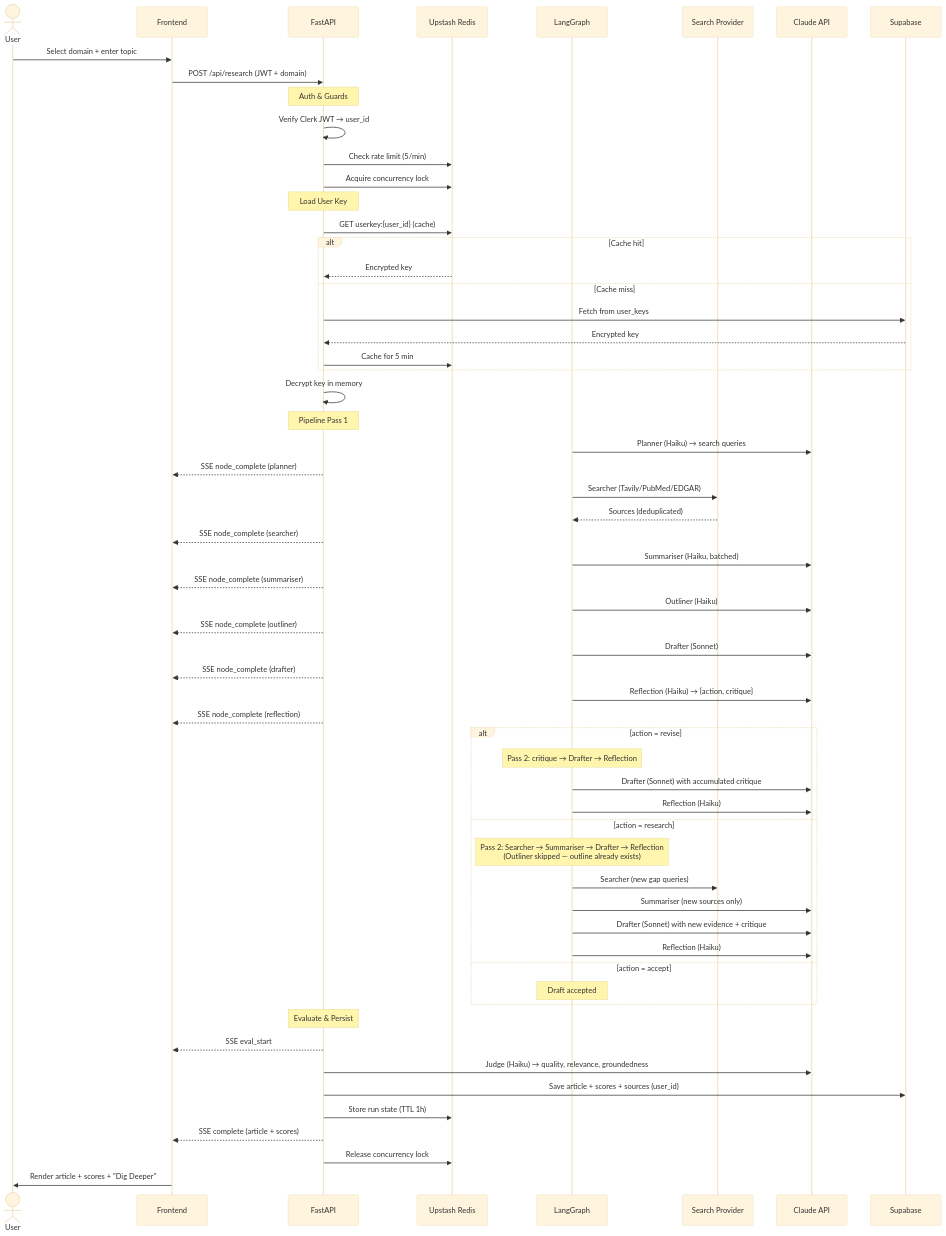
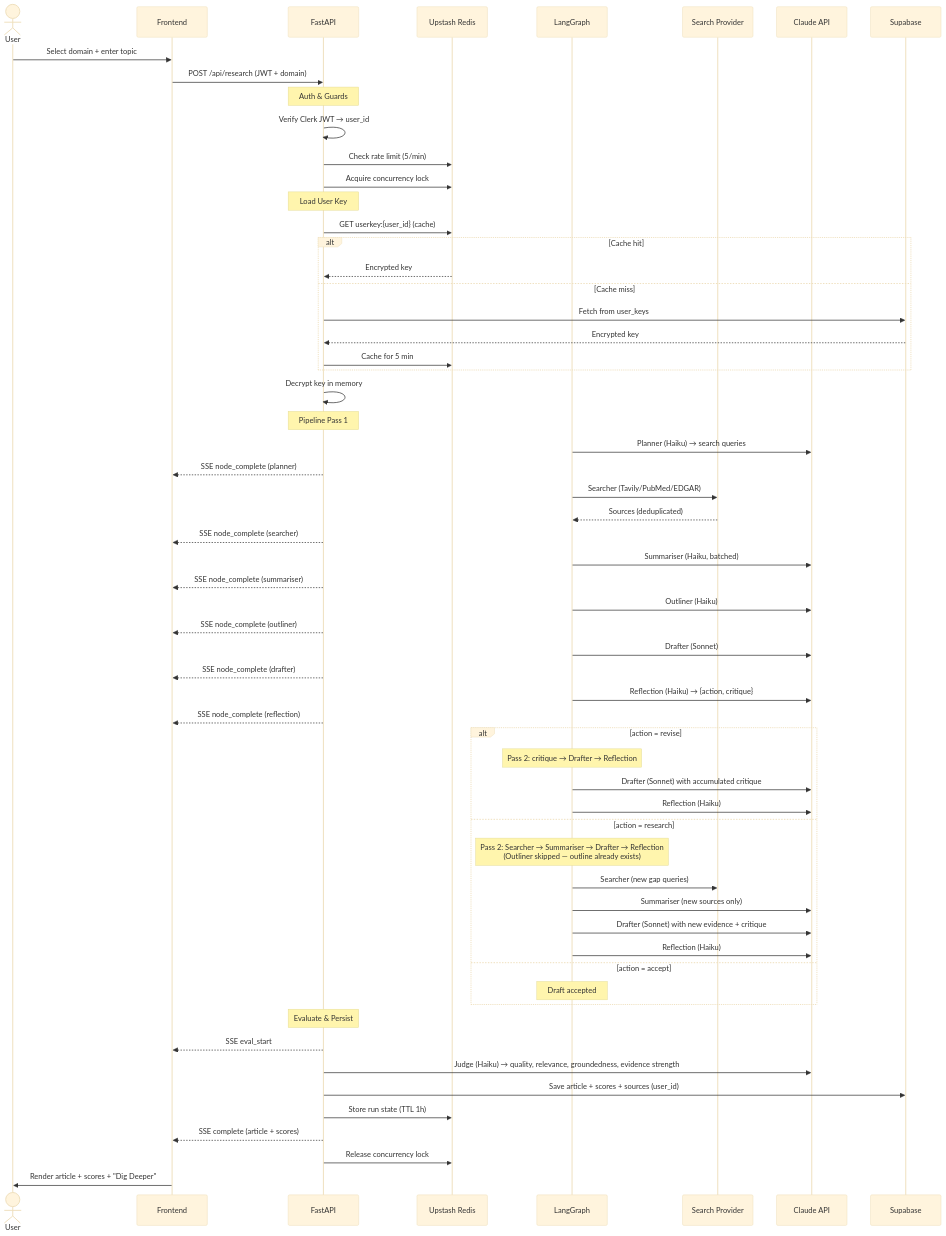
One commit to valyndsilva/lumen changed the fourth of 7 diagrams in README.md. Above: the diagram before and after it, drawn with Mermaid (base theme). The commit also changed other lines of this file and 5 other files, not shown here.

First line of the commit message:
Add evidence strength classification to LLM judge

````diff
--- a/README.md
+++ b/README.md
@@ -378,75 +383,75 @@
 ```mermaid
 sequenceDiagram
     actor User
     participant FE as Frontend
     participant API as FastAPI
     participant Redis as Upstash Redis
     participant Graph as LangGraph
     participant Search as Search Provider
     participant LLM as Claude API
     participant DB as Supabase
 
     User->>FE: Select domain + enter topic
     FE->>API: POST /api/research (JWT + domain)
 
     Note over API: Auth & Guards
     API->>API: Verify Clerk JWT → user_id
     API->>Redis: Check rate limit (5/min)
     API->>Redis: Acquire concurrency lock
 
     Note over API: Load User Key
     API->>Redis: GET userkey:{user_id} (cache)
     alt Cache hit
         Redis-->>API: Encrypted key
     else Cache miss
         API->>DB: Fetch from user_keys
         DB-->>API: Encrypted key
         API->>Redis: Cache for 5 min
     end
     API->>API: Decrypt key in memory
 
     Note over API: Pipeline Pass 1
 
     Graph->>LLM: Planner (Haiku) → search queries
     API-->>FE: SSE node_complete (planner)
 
     Graph->>Search: Searcher (Tavily/PubMed/EDGAR)
     Search-->>Graph: Sources (deduplicated)
     API-->>FE: SSE node_complete (searcher)
 
     Graph->>LLM: Summariser (Haiku, batched)
     API-->>FE: SSE node_complete (summariser)
 
     Graph->>LLM: Outliner (Haiku)
     API-->>FE: SSE node_complete (outliner)
 
     Graph->>LLM: Drafter (Sonnet)
     API-->>FE: SSE node_complete (drafter)
 
     Graph->>LLM: Reflection (Haiku) → {action, critique}
     API-->>FE: SSE node_complete (reflection)
 
     alt action = revise
         Note over Graph: Pass 2: critique → Drafter → Reflection
         Graph->>LLM: Drafter (Sonnet) with accumulated critique
         Graph->>LLM: Reflection (Haiku)
     else action = research
         Note over Graph: Pass 2: Searcher → Summariser → Drafter → Reflection<br/>(Outliner skipped — outline already exists)
         Graph->>Search: Searcher (new gap queries)
         Graph->>LLM: Summariser (new sources only)
         Graph->>LLM: Drafter (Sonnet) with new evidence + critique
         Graph->>LLM: Reflection (Haiku)
     else action = accept
         Note over Graph: Draft accepted
     end
 
     Note over API: Evaluate & Persist
     API-->>FE: SSE eval_start
-    API->>LLM: Judge (Haiku) → quality, relevance, groundedness
+    API->>LLM: Judge (Haiku) → quality, relevance, groundedness, evidence strength
     API->>DB: Save article + scores + sources (user_id)
     API->>Redis: Store run state (TTL 1h)
     API-->>FE: SSE complete (article + scores)
     API->>Redis: Release concurrency lock
 
     FE->>User: Render article + scores + "Dig Deeper"
 ```
````
